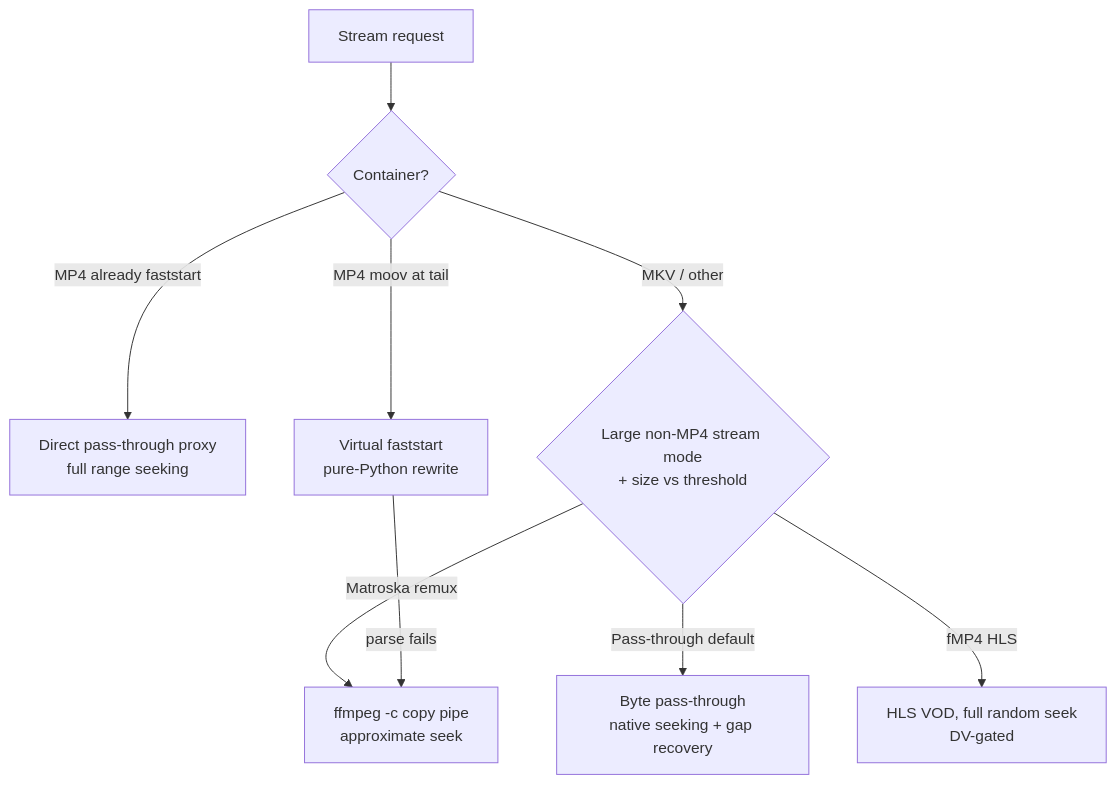
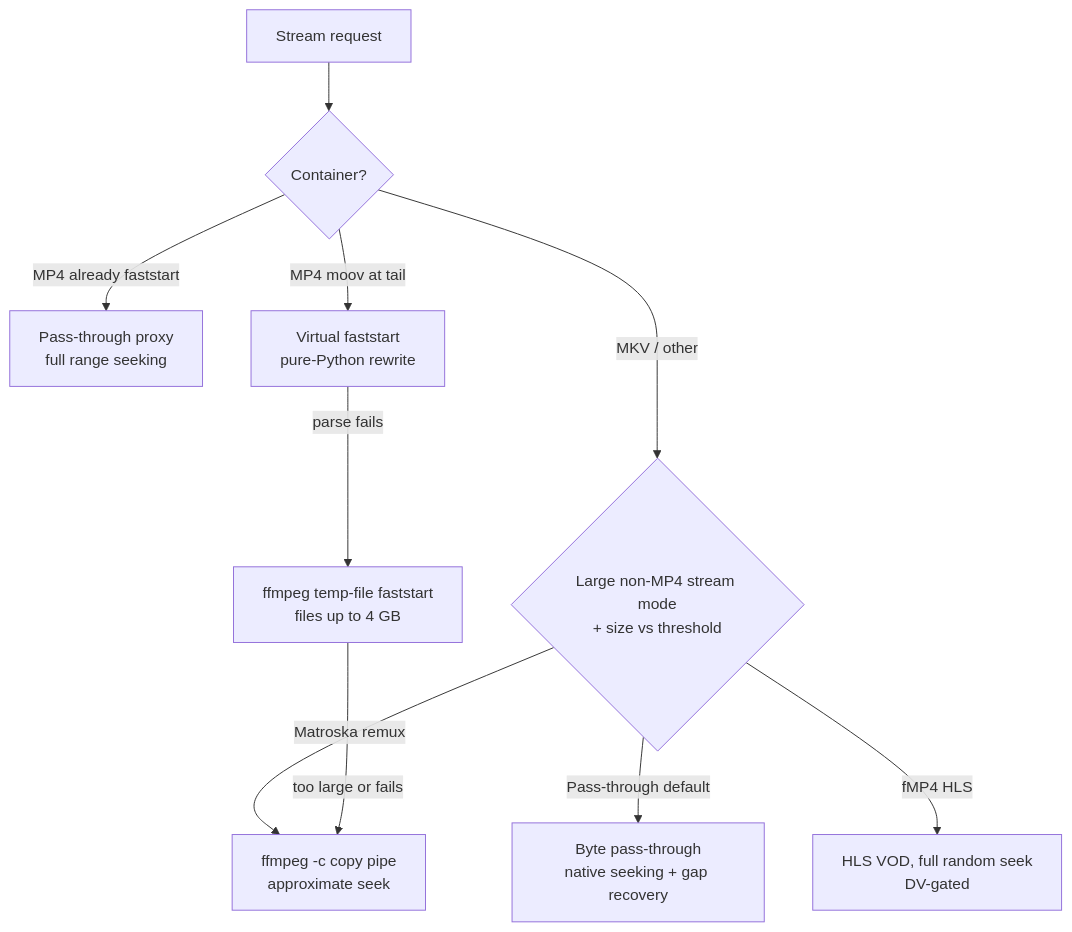
Before and after one commit to Appz4Fun/nzbdavkodi: the diagram in docs-site/features/playback-and-remux.md, drawn with Mermaid. The commit also changed other lines of this file and 17 other files, not shown here.

````diff
--- a/docs-site/features/playback-and-remux.md
+++ b/docs-site/features/playback-and-remux.md
@@ -24,11 +25,12 @@
 ```mermaid
 flowchart TD
     A[Stream request] --> B{Container?}
-    B -->|MP4 already faststart| C[Direct pass-through proxy<br/>full range seeking]
+    B -->|MP4 already faststart| C[Pass-through proxy<br/>full range seeking]
     B -->|MP4 moov at tail| D[Virtual faststart<br/>pure-Python rewrite]
     B -->|MKV / other| E{Large non-MP4 stream mode<br/>+ size vs threshold}
     E -->|Pass-through default| F[Byte pass-through<br/>native seeking + gap recovery]
     E -->|Matroska remux| G[ffmpeg -c copy pipe<br/>approximate seek]
     E -->|fMP4 HLS| H[HLS VOD, full random seek<br/>DV-gated]
-    D -->|parse fails| G
+    D -->|parse fails| T[ffmpeg temp-file faststart<br/>files up to 4 GB]
+    T -->|too large or fails| G
 ```
````
